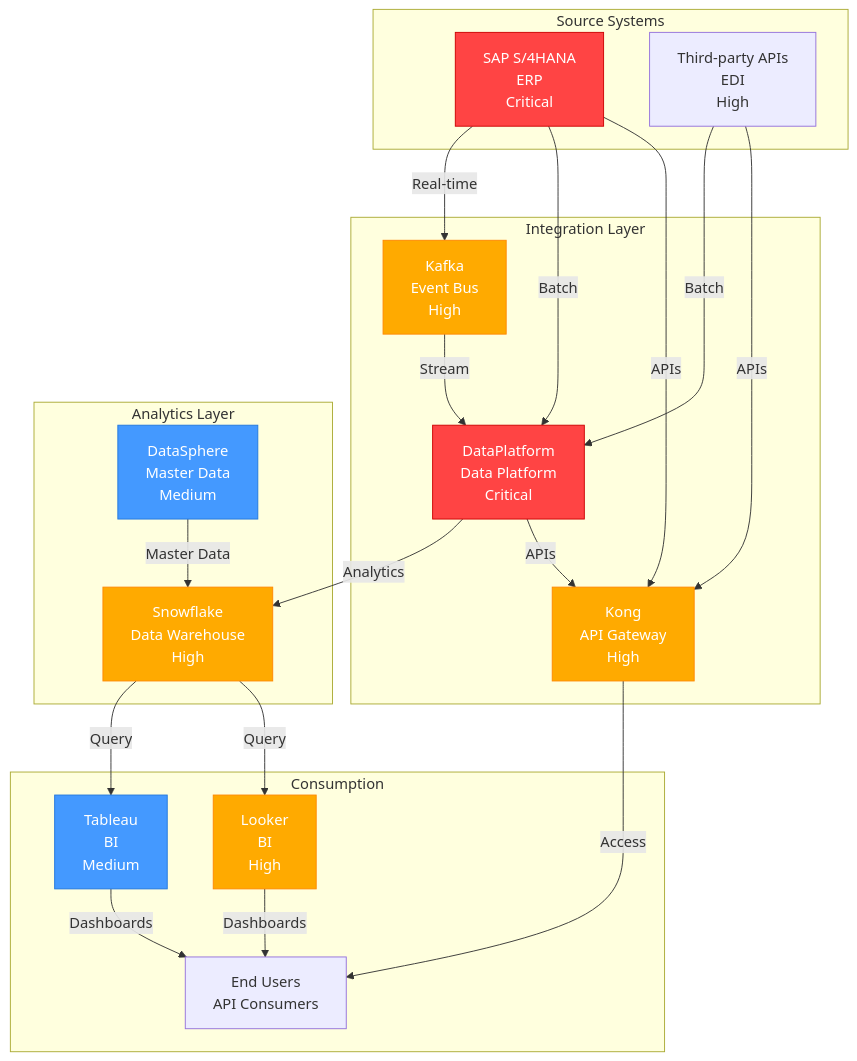
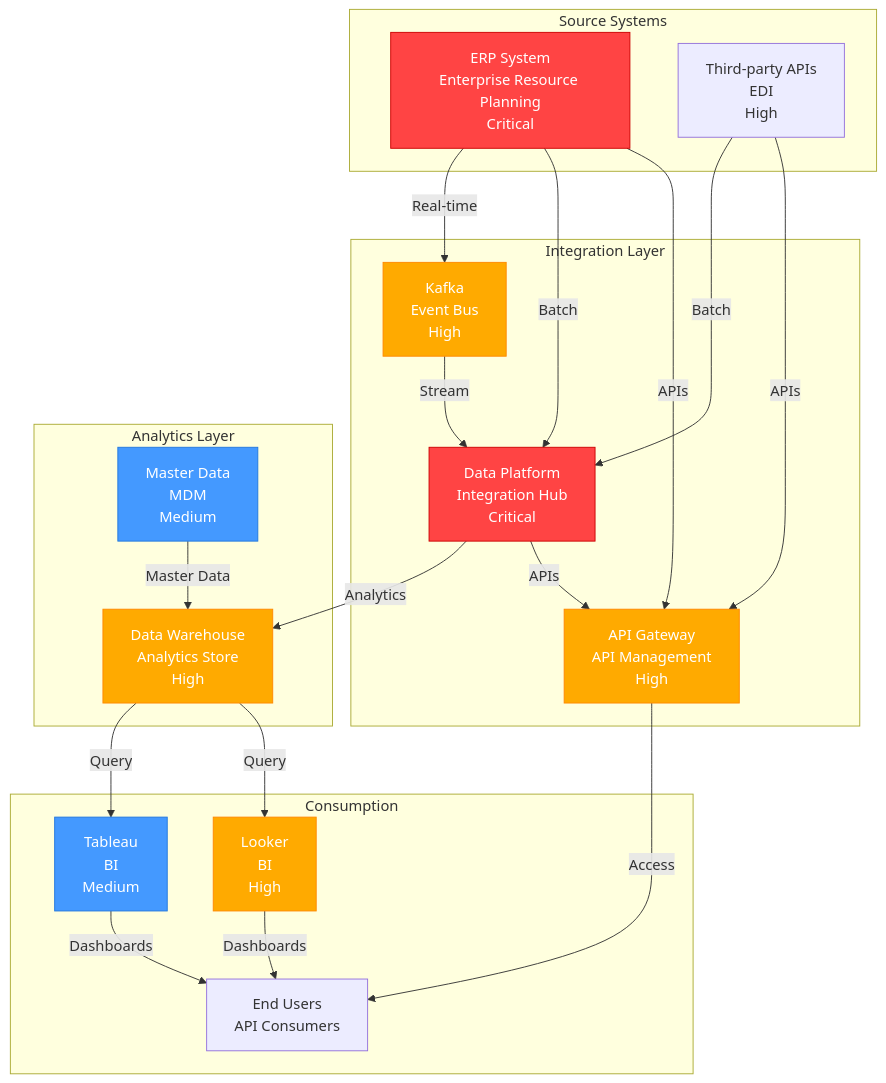
Before and after one commit to DavidROliverBA/ArchitectKB: the diagram in .claude/skills/dependency-graph/SKILL.md, drawn with Mermaid. The commit also changed other lines of this file and 4 other files, not shown here.

First line of the commit message:
Sync and genericise 5 diagram skills from source vault

````diff
--- a/.claude/skills/dependency-graph/SKILL.md
+++ b/.claude/skills/dependency-graph/SKILL.md
@@ -228,50 +127,50 @@
 ```mermaid
 graph TB
     subgraph Sources["Source Systems"]
-        SAP["SAP S/4HANA<br/>ERP<br/>Critical"]
+        ERP["ERP System<br/>Enterprise Resource Planning<br/>Critical"]
         THIRDPARTY["Third-party APIs<br/>EDI<br/>High"]
     end
 
     subgraph Integration["Integration Layer"]
         KAFKA["Kafka<br/>Event Bus<br/>High"]
-        DataPlatform["DataPlatform<br/>Data Platform<br/>Critical"]
-        KONG["Kong<br/>API Gateway<br/>High"]
+        DATAPLATFORM["Data Platform<br/>Integration Hub<br/>Critical"]
+        APIGW["API Gateway<br/>API Management<br/>High"]
     end
 
     subgraph Analytics["Analytics Layer"]
-        SF["Snowflake<br/>Data Warehouse<br/>High"]
-        DS["DataSphere<br/>Master Data<br/>Medium"]
+        DW["Data Warehouse<br/>Analytics Store<br/>High"]
+        MDM["Master Data<br/>MDM<br/>Medium"]
     end
 
     subgraph Consumption["Consumption"]
         TABLEAU["Tableau<br/>BI<br/>Medium"]
         LOOKER["Looker<br/>BI<br/>High"]
         USERS["End Users<br/>API Consumers"]
     end
 
-    SAP -->|Real-time| KAFKA
-    SAP -->|Batch| DataPlatform
-    SAP -->|APIs| KONG
-    THIRDPARTY -->|Batch| DataPlatform
-    THIRDPARTY -->|APIs| KONG
+    ERP -->|Real-time| KAFKA
+    ERP -->|Batch| DATAPLATFORM
+    ERP -->|APIs| APIGW
+    THIRDPARTY -->|Batch| DATAPLATFORM
+    THIRDPARTY -->|APIs| APIGW
 
-    KAFKA -->|Stream| DataPlatform
-    DataPlatform -->|Analytics| SF
-    DataPlatform -->|APIs| KONG
+    KAFKA -->|Stream| DATAPLATFORM
+    DATAPLATFORM -->|Analytics| DW
+    DATAPLATFORM -->|APIs| APIGW
 
-    SF -->|Query| TABLEAU
-    SF -->|Query| LOOKER
-    DS -->|Master Data| SF
+    DW -->|Query| TABLEAU
+    DW -->|Query| LOOKER
+    MDM -->|Master Data| DW
 
-    KONG -->|Access| USERS
+    APIGW -->|Access| USERS
     TABLEAU -->|Dashboards| USERS
     LOOKER -->|Dashboards| USERS
 
     classDef critical fill:#ff4444,stroke:#cc0000,color:#fff
     classDef high fill:#ffaa00,stroke:#ff8800,color:#fff
     classDef medium fill:#4499ff,stroke:#2277dd,color:#fff
 
-    class SAP,DataPlatform critical
-    class KAFKA,KONG,SF,LOOKER high
-    class TABLEAU,DS medium
+    class ERP,DATAPLATFORM critical
+    class KAFKA,APIGW,DW,LOOKER high
+    class TABLEAU,MDM medium
 ```
````
